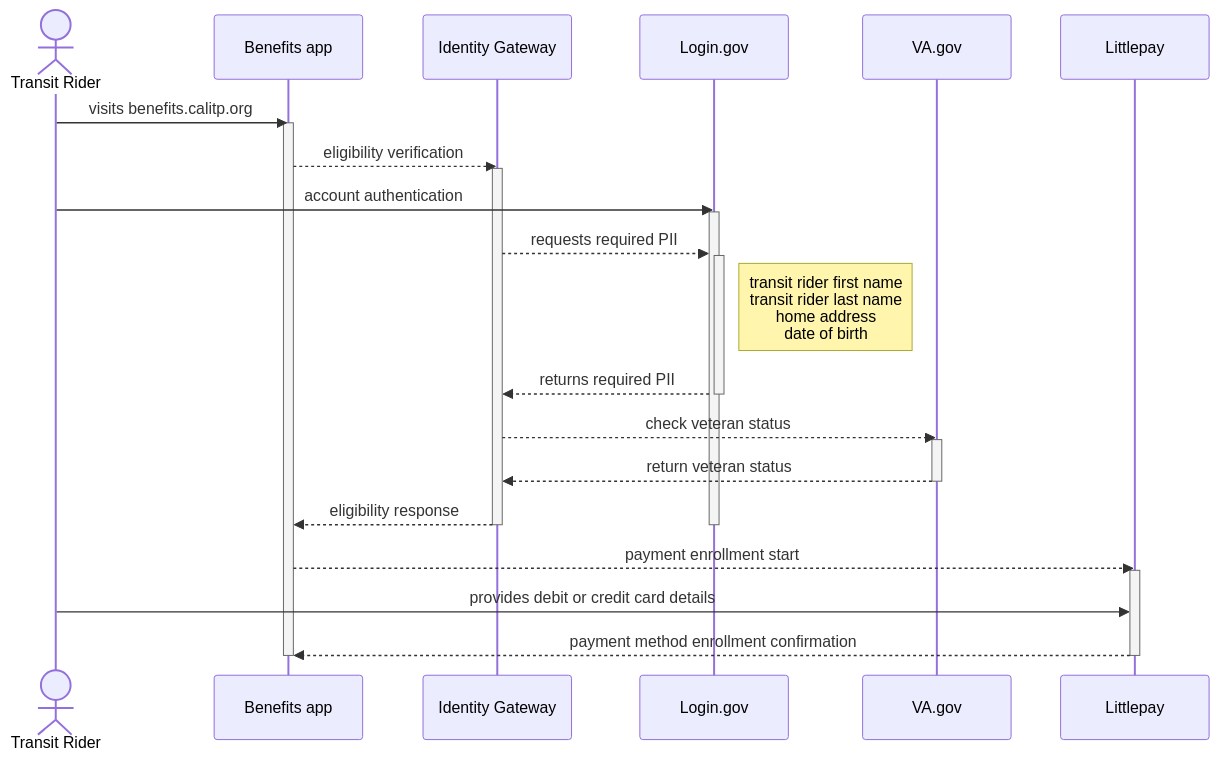
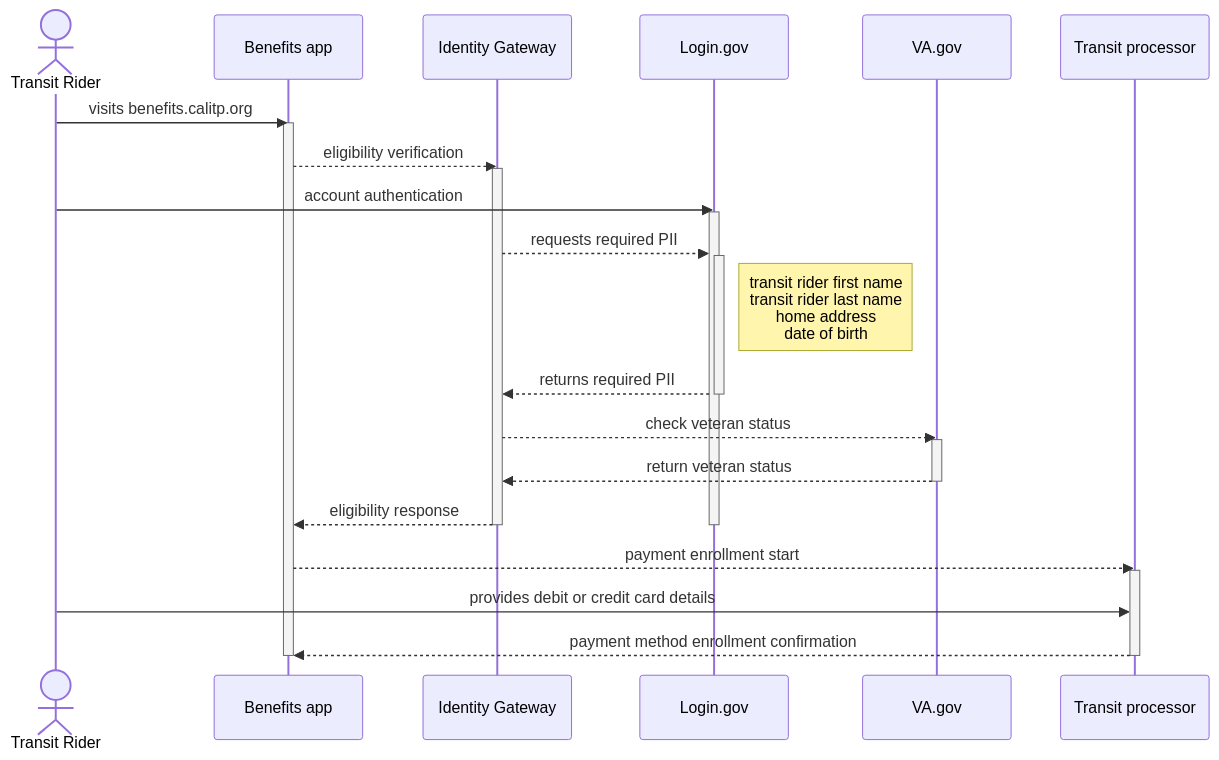
Before and after one commit to cal-itp/benefits: the diagram in docs/enrollment-pathways/veterans.md, drawn with Mermaid. The commit also changed other lines of this file and 5 other files, not shown here.

Commit message:
updating mermaid charts, adding transit processor section, parallel language for video demos

````diff
--- a/docs/enrollment-pathways/veterans.md
+++ b/docs/enrollment-pathways/veterans.md
@@ -21,34 +21,34 @@
 ```mermaid
 sequenceDiagram
 %% Veteran Enrollment Pathway
     actor Transit Rider
     participant Benefits as Benefits app
     participant IdG as Identity Gateway
     participant Login.gov
     participant VA.gov
-    participant Littlepay
+    participant Transit processor
 Transit Rider->>Benefits: visits benefits.calitp.org
     activate Benefits
 Benefits-->>IdG: eligibility verification
     activate IdG
 Transit Rider->>Login.gov: account authentication
     activate Login.gov
 IdG-->>Login.gov: requests required PII
     activate Login.gov
     Note right of Login.gov: transit rider first name<br>transit rider last name<br>home address<br>date of birth
 Login.gov-->>IdG: returns required PII
     deactivate Login.gov
 IdG-->>VA.gov: check veteran status
     activate VA.gov
 VA.gov-->>IdG: return veteran status
     deactivate VA.gov
 IdG-->>Benefits: eligibility response
     deactivate IdG
     deactivate Login.gov
-Benefits-->>Littlepay: payment enrollment start
-    activate Littlepay
-Transit Rider->>Littlepay: provides debit or credit card details
-Littlepay-->>Benefits: payment method enrollment confirmation
-    deactivate Littlepay
+Benefits-->>Transit processor: payment enrollment start
+    activate Transit processor
+Transit Rider->>Transit processor: provides debit or credit card details
+Transit processor-->>Benefits: payment method enrollment confirmation
+    deactivate Transit processor
     deactivate Benefits
 ```
````
